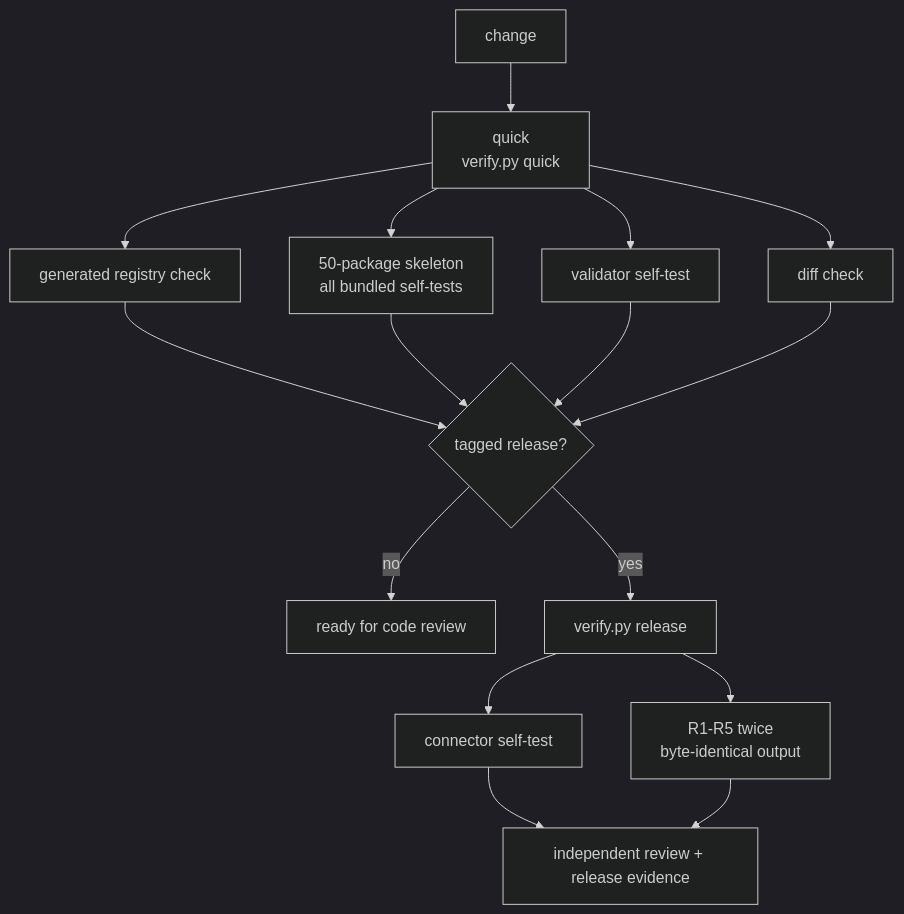
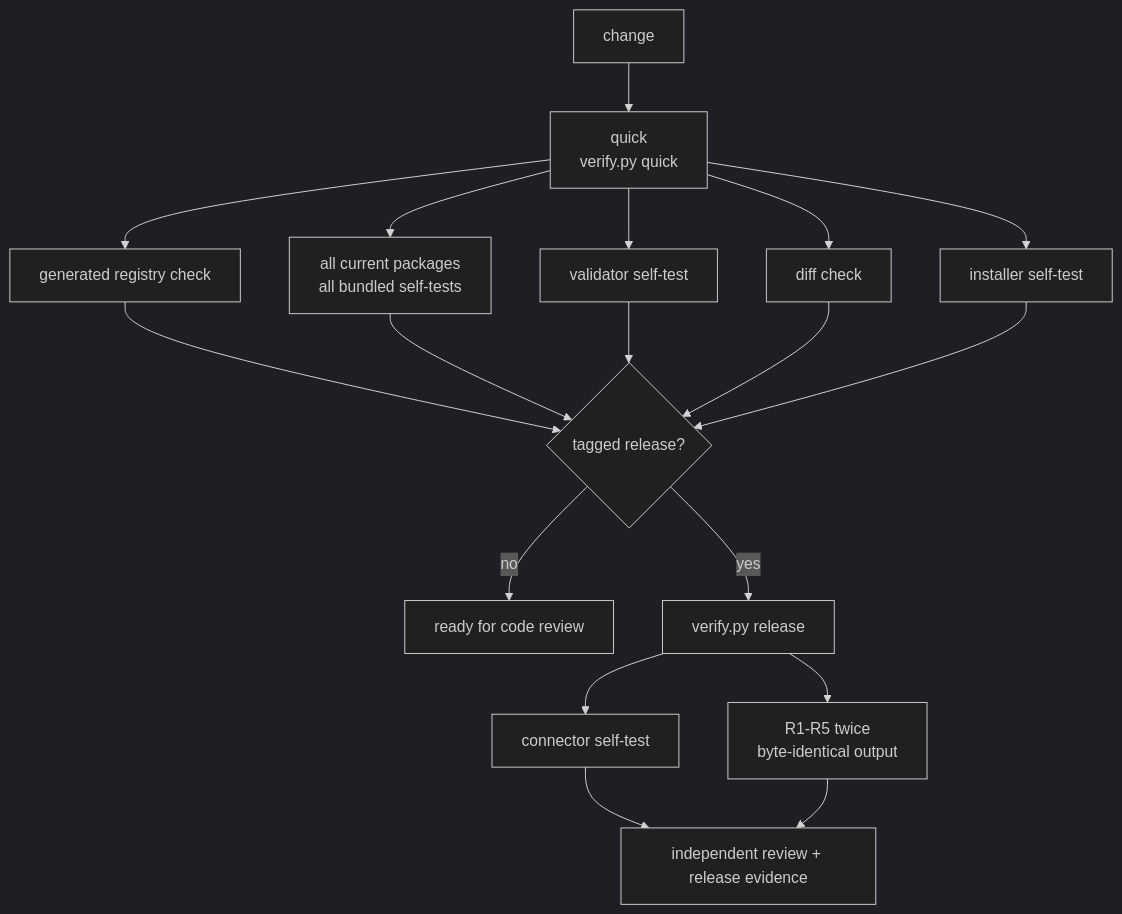
The diagram in docs/verification-pipeline.md (SteveTangent/goose-bio-skills), drawn with Mermaid (dark theme) before and after one commit. The commit also changed 9 other files, not shown here.

````diff
--- a/docs/verification-pipeline.md
+++ b/docs/verification-pipeline.md
@@ -7,18 +7,20 @@
 ```mermaid
 flowchart TD
     C["change"] --> Q["quick\nverify.py quick"]
     Q --> G["generated registry check"]
-    Q --> S["50-package skeleton\nall bundled self-tests"]
+    Q --> S["all current packages\nall bundled self-tests"]
     Q --> V["validator self-test"]
+    Q --> I["installer self-test"]
     Q --> D["diff check"]
     G --> R{"tagged release?"}
     S --> R
     V --> R
     D --> R
+    I --> R
     R -- "no" --> Done["ready for code review"]
     R -- "yes" --> Full["verify.py release"]
     Full --> X["connector self-test"]
     Full --> W["R1-R5 twice\nbyte-identical output"]
     X --> Seal["independent review + release evidence"]
     W --> Seal
 ```
````
